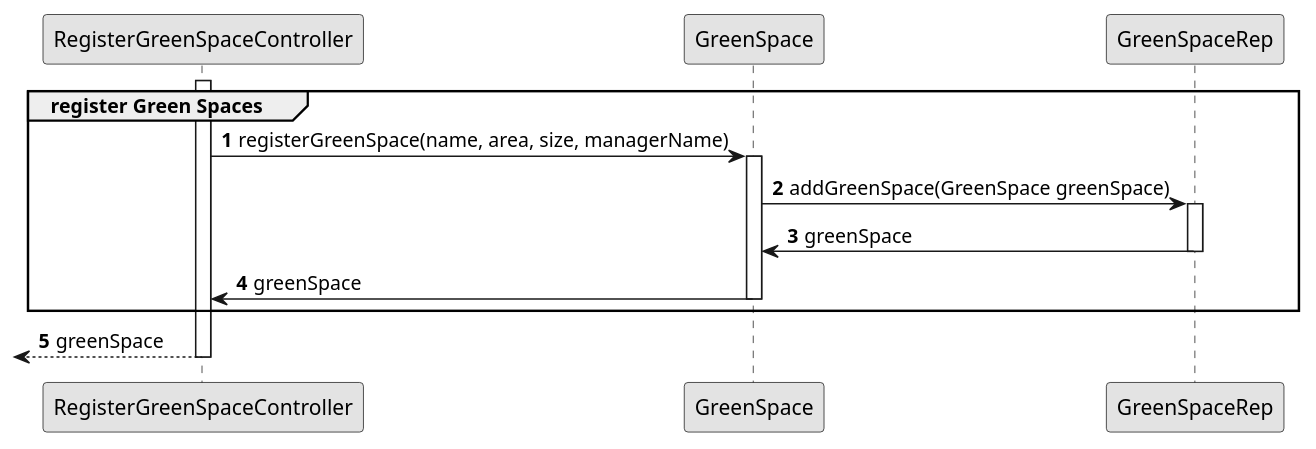
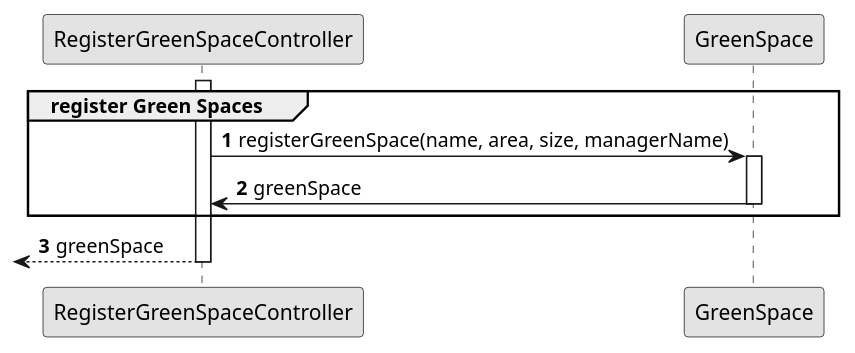
One commit to Departamento-de-Engenharia-Informatica/lei-24-s2-1df-1de-g063 changed the diagram in docs/SprintC/us020/03.design/puml/us020-sequence-diagram-partial-register-green-space.puml. Above: the diagram before and after it, drawn with PlantUML. The commit also changed 19 other files, not shown here.

```diff
--- a/docs/SprintC/us020/03.design/puml/us020-sequence-diagram-partial-register-green-space.puml
+++ b/docs/SprintC/us020/03.design/puml/us020-sequence-diagram-partial-register-green-space.puml
@@ -1,31 +1,23 @@
 @startuml
 skinparam monochrome true
 skinparam packageStyle rectangle
 skinparam shadowing false
 
 autonumber
 
 participant "RegisterGreenSpaceController" as CTRL
 
 activate CTRL
     group register Green Spaces
         CTRL -> GreenSpace : registerGreenSpace(name, area, size, managerName)
 
              activate GreenSpace
 
-                    GreenSpace -> GreenSpaceRep : addGreenSpace(GreenSpace greenSpace)
-
-             activate GreenSpaceRep
-
-                    GreenSpaceRep -> GreenSpace : greenSpace
-
-             deactivate GreenSpaceRep
-
                     GreenSpace -> CTRL : greenSpace
 
              deactivate GreenSpace
     end
     <-- CTRL : greenSpace
 deactivate CTRL
 
 @enduml
```
